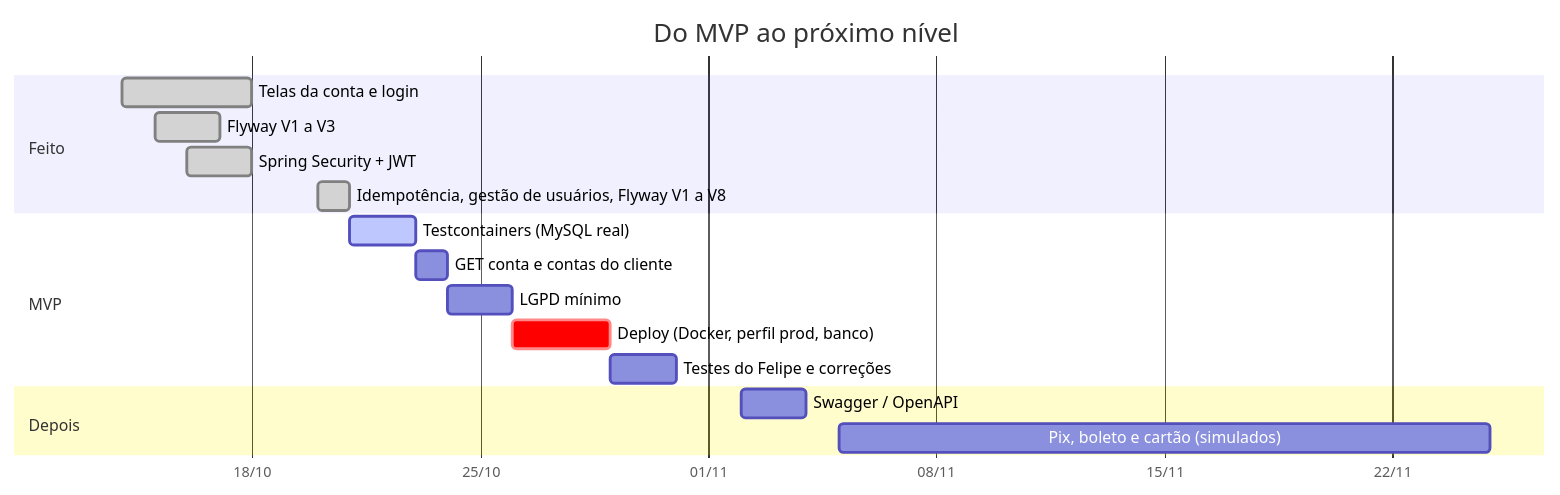
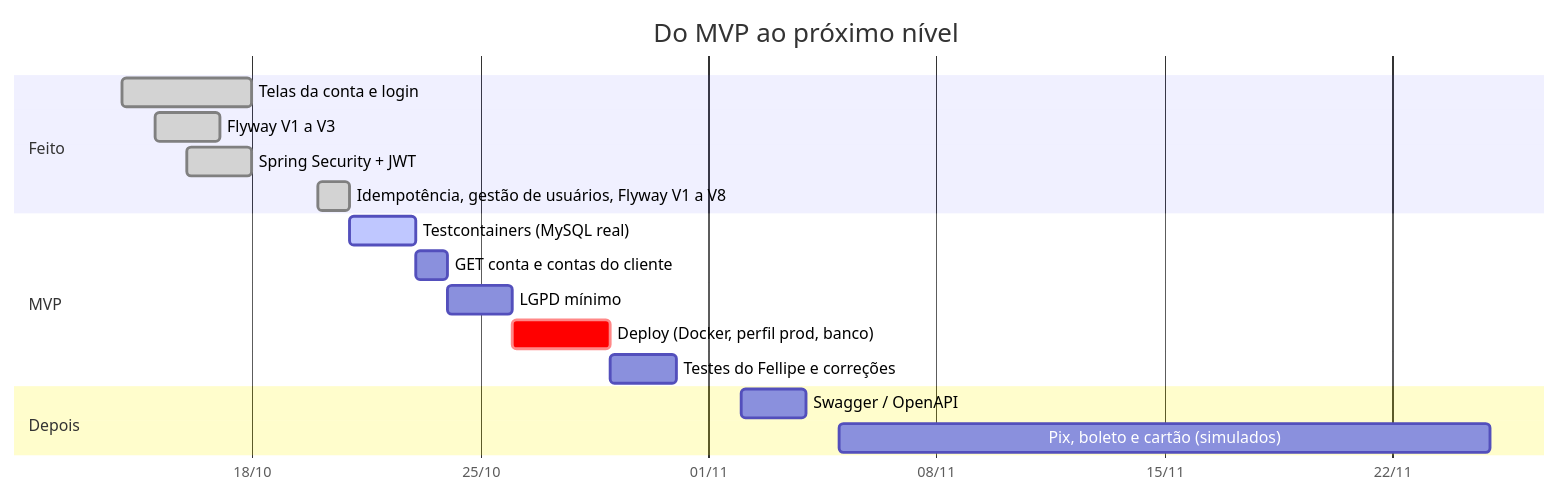
One commit to k3vinrich4rd/rkf_bank changed diagram 12 of 13 in README.md. Above: the diagram before and after it, drawn with Mermaid. The commit also changed other lines of this file and 30 other files, not shown here.

````diff
--- a/README.md
+++ b/README.md
@@ -1224,20 +1224,20 @@
 ```mermaid
 gantt
     title Do MVP ao próximo nível
     dateFormat YYYY-MM-DD
     axisFormat %d/%m
     section Feito
     Telas da conta e login               :done,   f0, 2026-10-14, 4d
     Flyway V1 a V3                       :done,   f1, 2026-10-15, 2d
     Spring Security + JWT                :done,   f2, 2026-10-16, 2d
     Idempotência, gestão de usuários, Flyway V1 a V8 :done, f3, 2026-10-20, 1d
     section MVP
     Testcontainers (MySQL real)          :active, m0, 2026-10-21, 2d
     GET conta e contas do cliente        :        m1, after m0, 1d
     LGPD mínimo                          :        m2, after m1, 2d
     Deploy (Docker, perfil prod, banco)  :crit,   m4, after m2, 3d
-    Testes do Felipe e correções         :        m3, after m4, 2d
+    Testes do Fellipe e correções         :        m3, after m4, 2d
     section Depois
     Swagger / OpenAPI                    :        p2, 2026-11-02, 2d
     Pix, boleto e cartão (simulados)     :        p3, 2026-11-05, 20d
 ```
````
